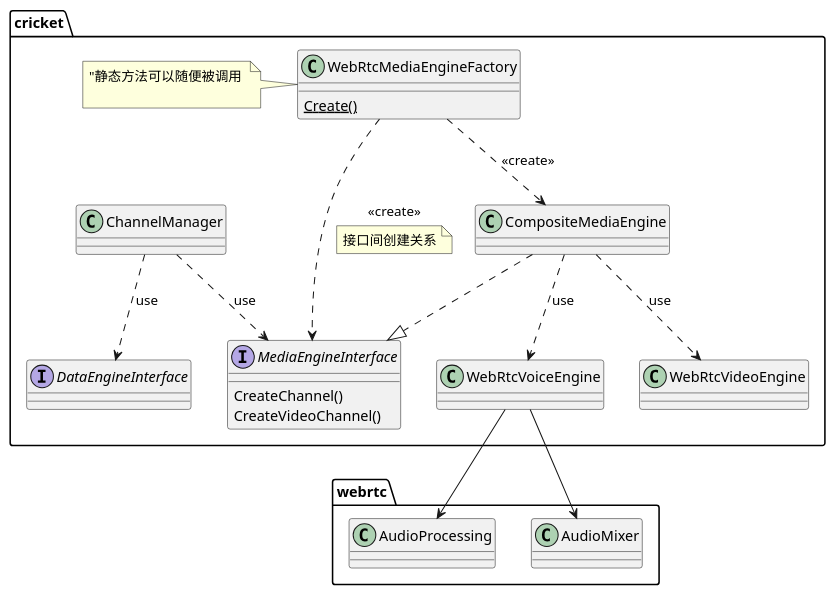
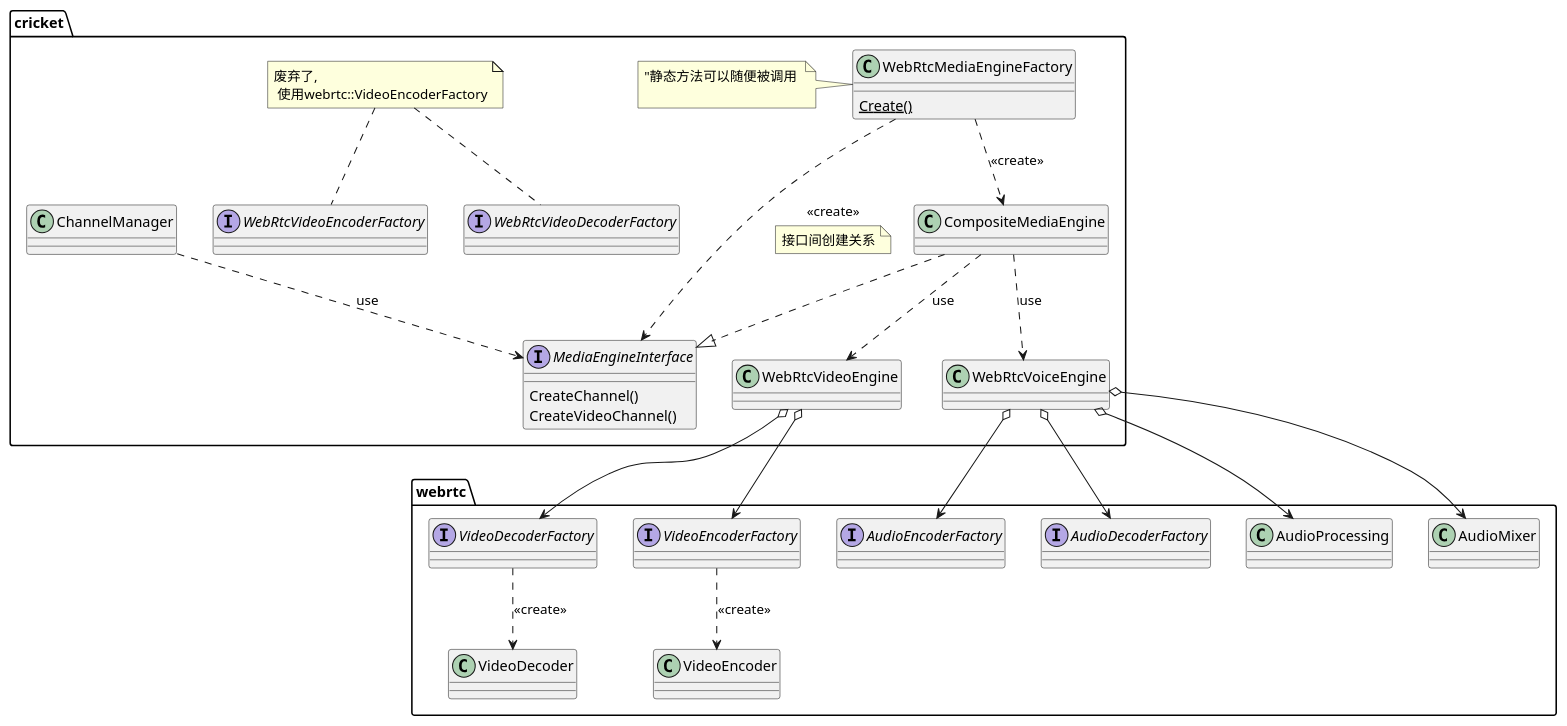
The first of 2 diagrams in webrtc_chrome/mediaEngine.md (mingxin505/webrtcNote), drawn with PlantUML before and after one commit. The commit also changed other lines of this file and 4 other files, not shown here.

````diff
--- a/webrtc_chrome/mediaEngine.md
+++ b/webrtc_chrome/mediaEngine.md
@@ -2,31 +3,49 @@
 ```plantuml
 package webrtc {
+    interface AudioEncoderFactory
+    interface AudioDecoderFactory
+    interface VideoEncoderFactory
+    interface VideoDecoderFactory
     class AudioProcessing {
 
     }
     class AudioMixer
+    
+    VideoEncoderFactory ..> VideoEncoder : << create>>
+    VideoDecoderFactory ..> VideoDecoder : << create>>
 }
 package cricket {
+    note  ”废弃了,\n 使用webrtc::VideoEncoderFactory“ as N1
+    interface WebRtcVideoEncoderFactory
+    interface WebRtcVideoDecoderFactory
+    N1 .. WebRtcVideoDecoderFactory
+    N1 .. WebRtcVideoEncoderFactory
+
     interface MediaEngineInterface {
         CreateChannel()
         CreateVideoChannel()
     }
-    interface DataEngineInterface
     class ChannelManager
     class WebRtcMediaEngineFactory {
         {static} Create()
     }
     note left: "静态方法可以随便被调用 \n  
+    
     ChannelManager ..> MediaEngineInterface : use
     CompositeMediaEngine ..|> MediaEngineInterface
     CompositeMediaEngine ..> WebRtcVoiceEngine : use
     CompositeMediaEngine ..> WebRtcVideoEngine : use
-    ChannelManager ..> DataEngineInterface : use
     WebRtcMediaEngineFactory ..> MediaEngineInterface : <<create>> 
     note on link: 接口间创建关系
     WebRtcMediaEngineFactory ..> CompositeMediaEngine : <<create>>
 
-    WebRtcVoiceEngine --> AudioMixer
-    WebRtcVoiceEngine --> AudioProcessing
+
+    WebRtcVideoEngine o-> VideoDecoderFactory
+    WebRtcVideoEngine o-> VideoEncoderFactory
+
+    WebRtcVoiceEngine o--> AudioDecoderFactory
+    WebRtcVoiceEngine o--> AudioEncoderFactory
+    WebRtcVoiceEngine o--> AudioMixer
+    WebRtcVoiceEngine o--> AudioProcessing
 } 
 ```
````
